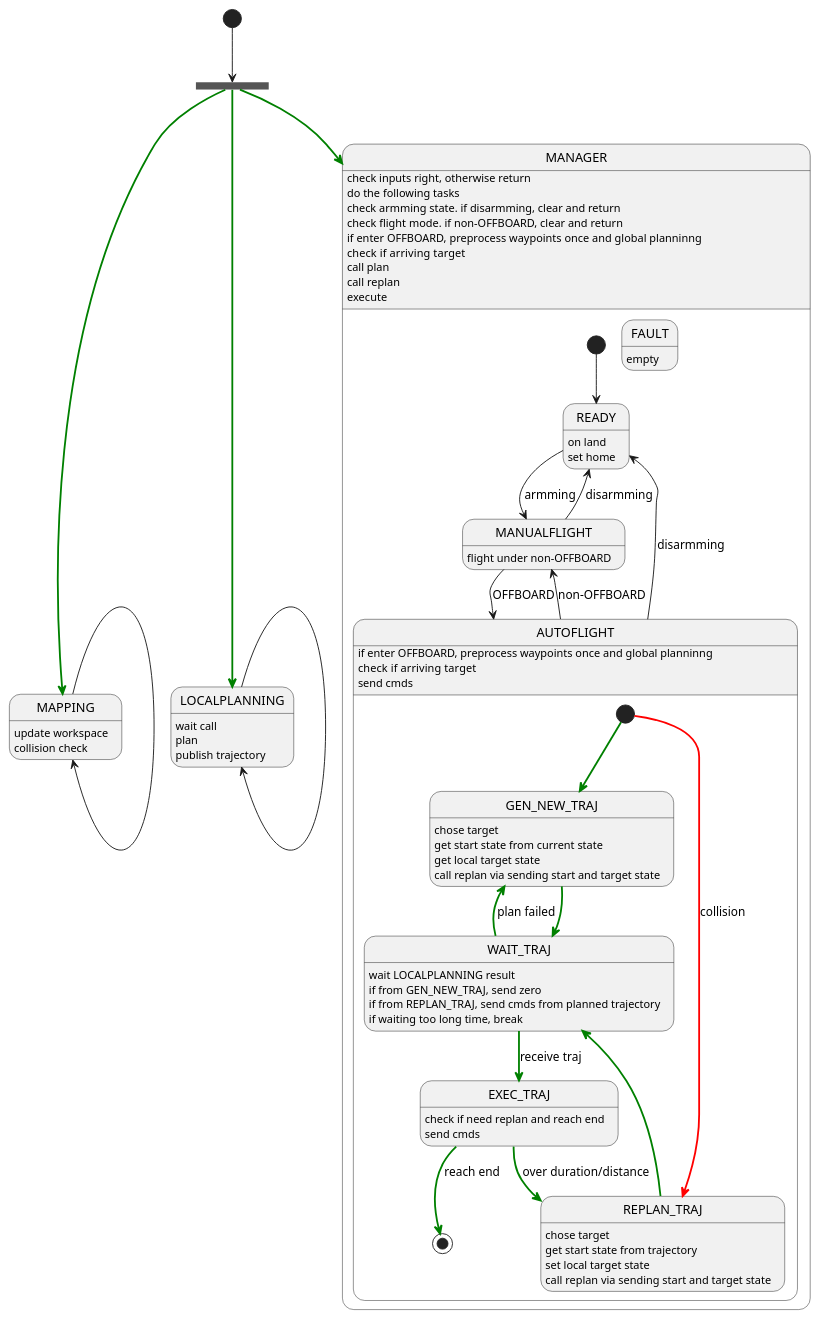
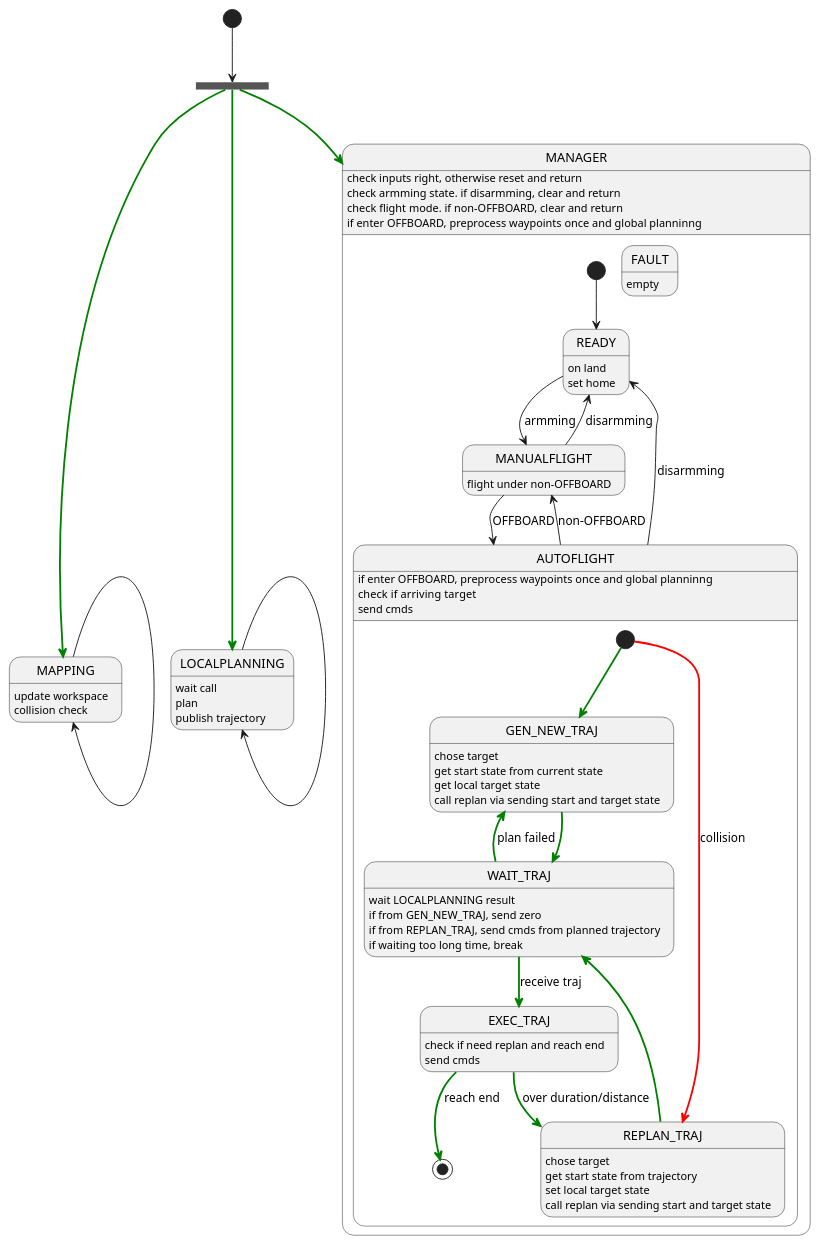
Before and after one commit to SEU-Drones/yfoa: the diagram in state.puml, drawn with PlantUML. The commit also changed 7 other files, not shown here.

```diff
--- a/state.puml
+++ b/state.puml
@@ -1,93 +1,91 @@
 @startuml
 hide empty description
 
 
 state MAPPING: update workspace
 MAPPING: collision check
 MAPPING-->MAPPING
 
 state LOCALPLANNING: wait call
 LOCALPLANNING: plan
 LOCALPLANNING: publish trajectory
 LOCALPLANNING-->LOCALPLANNING
 
 
-state MANAGER: check inputs right, otherwise return
-state MANAGER: do the following tasks
+state MANAGER: check inputs right, otherwise reset and return
 state MANAGER: check armming state. if disarmming, clear and return
 state MANAGER: check flight mode. if non-OFFBOARD, clear and return
 state MANAGER: if enter OFFBOARD, preprocess waypoints once and global planninng
-state MANAGER: check if arriving  target
-state MANAGER: call plan
-state MANAGER: call replan
-state MANAGER: execute
+
 
 state MANAGER{
 
     state READY: on land
     READY: set home
 
     state MANUALFLIGHT: flight under non-OFFBOARD
     ' MANUALFLIGHT: if enter OFFBOARD, preprocess waypoints
 
     state AUTOFLIGHT: if enter OFFBOARD, preprocess waypoints once and global planninng
     AUTOFLIGHT: check if arriving  target
     AUTOFLIGHT: send cmds
     state AUTOFLIGHT{
         state GEN_NEW_TRAJ: chose target
         GEN_NEW_TRAJ: get start state from current state
         GEN_NEW_TRAJ: get local target state
         GEN_NEW_TRAJ: call replan via sending start and target state
 
         state REPLAN_TRAJ: chose target
         REPLAN_TRAJ: get start state from trajectory
         REPLAN_TRAJ: set local target state
         REPLAN_TRAJ: call replan via sending start and target state
 
         state EXEC_TRAJ: check if need replan and reach end
         EXEC_TRAJ: send cmds
 
         state WAIT_TRAJ: wait LOCALPLANNING result
         WAIT_TRAJ: if from GEN_NEW_TRAJ, send zero
         WAIT_TRAJ: if from REPLAN_TRAJ, send cmds from planned trajectory
         WAIT_TRAJ: if waiting too long time, break
 
 
         [*]-[#green,bold]-->GEN_NEW_TRAJ
         [*]-[#red,bold]-->REPLAN_TRAJ: collision
 
         GEN_NEW_TRAJ-[#green,bold]->WAIT_TRAJ
         WAIT_TRAJ-[#green,bold]->GEN_NEW_TRAJ: plan failed
 
         WAIT_TRAJ-[#green,bold]->EXEC_TRAJ: receive traj
         EXEC_TRAJ-[#green,bold]->REPLAN_TRAJ: over duration/distance
 
         REPLAN_TRAJ-[#green,bold]->WAIT_TRAJ
 
         EXEC_TRAJ-[#green,bold]->[*]: reach end
     }
 
     state FAULT: empty
 
     ' [*] -[#green,bold]-> IDLE: initialization
     [*]-->READY
     READY --> MANUALFLIGHT: armming
     MANUALFLIGHT-->READY: disarmming
     ' MANUALFLIGHT --> MANUALFLIGHT
     MANUALFLIGHT --> AUTOFLIGHT: OFFBOARD
     AUTOFLIGHT --> MANUALFLIGHT: non-OFFBOARD
     AUTOFLIGHT --> READY: disarmming
 
 }
 
 state fork_state <<fork>>
 [*]-->fork_state
 fork_state-[#green,bold]->MANAGER
 fork_state-[#green,bold]->MAPPING
 fork_state-[#green,bold]->LOCALPLANNING
 
+' MAPPING-[#red,bold]->REPLAN_TRAJ
+
 
 
 
 
 @enduml
```
